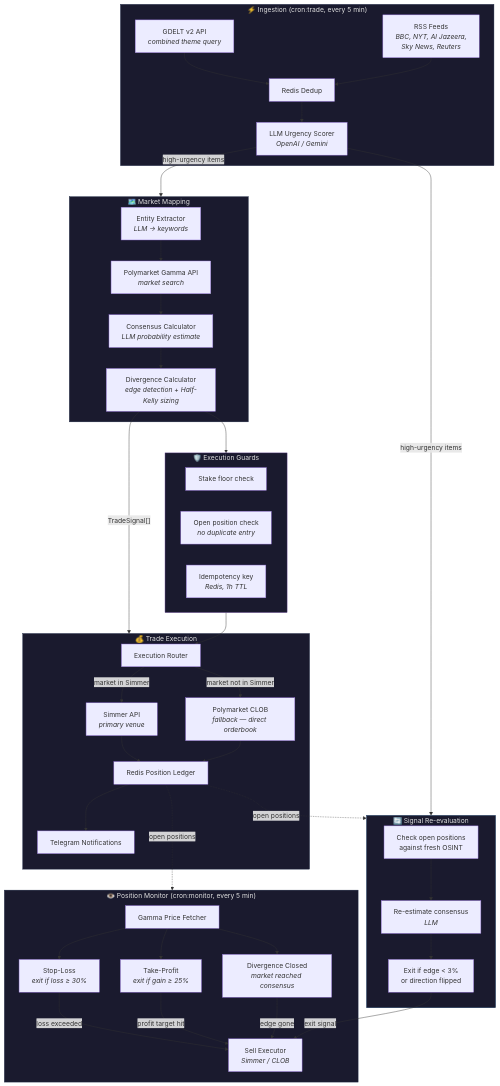
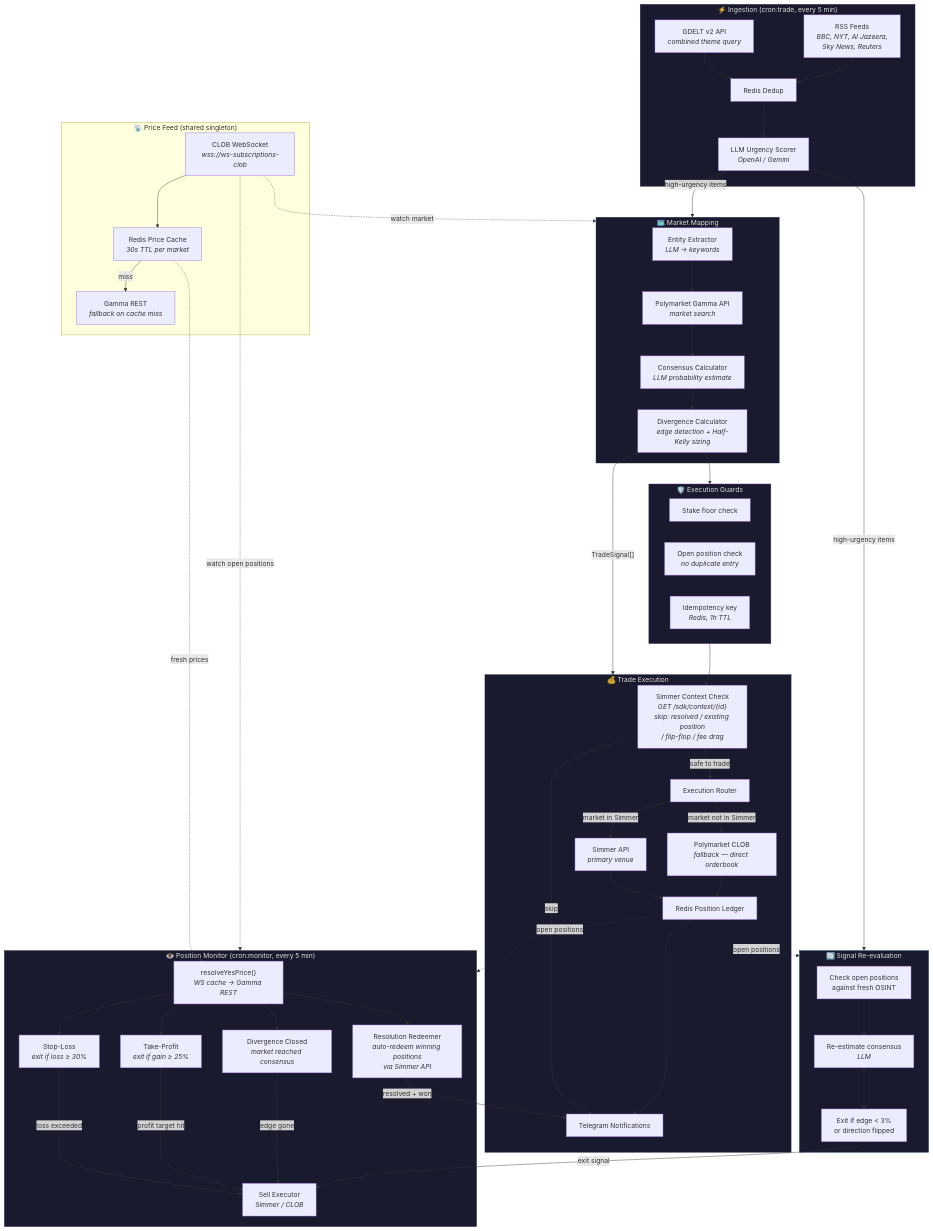
One commit to romeo-folie/polyhype-bot changed the diagram in README.md. Above: the diagram before and after it, drawn with Mermaid. The commit also changed other lines of this file, not shown here.

First line of the commit message:
docs: update README for CLOB WebSocket feed, auto-redeem, and Simmer improvements

```diff
--- a/README.md
+++ b/README.md
@@ -36,13 +36,25 @@
         REEVAL_CHECK --> REEVAL_LLM --> REEVAL_EXIT
     end
 
+    subgraph PRICES_WS["📡 Price Feed (shared singleton)"]
+        WS_FEED["CLOB WebSocket<br/><i>wss://ws-subscriptions-clob</i>"]
+        WS_CACHE["Redis Price Cache<br/><i>30s TTL per market</i>"]
+        GAMMA_REST["Gamma REST<br/><i>fallback on cache miss</i>"]
+
+        WS_FEED --> WS_CACHE
+        WS_CACHE -->|"miss"| GAMMA_REST
+    end
+
     subgraph EXECUTION["💰 Trade Execution"]
+        CTX_CHECK["Simmer Context Check<br/><i>GET /sdk/context/{id}<br/>skip: resolved / existing position<br/>/ flip-flop / fee drag</i>"]
         ROUTER["Execution Router"]
         SIMMER["Simmer API<br/><i>primary venue</i>"]
         CLOB["Polymarket CLOB<br/><i>fallback — direct orderbook</i>"]
         LEDGER["Redis Position Ledger"]
         TELEGRAM["Telegram Notifications"]
 
+        CTX_CHECK -->|"safe to trade"| ROUTER
+        CTX_CHECK -->|"skip"| TELEGRAM
         ROUTER -->|"market in Simmer"| SIMMER
         ROUTER -->|"market not in Simmer"| CLOB
         SIMMER --> LEDGER
@@ -51,18 +63,21 @@
     end
 
     subgraph MONITOR["👁️ Position Monitor (cron:monitor, every 5 min)"]
-        PRICES["Gamma Price Fetcher"]
+        MON_PRICES["resolveYesPrice()<br/><i>WS cache → Gamma REST</i>"]
         STOPLOSS["Stop-Loss<br/><i>exit if loss ≥ 30%</i>"]
         TAKEPROFIT["Take-Profit<br/><i>exit if gain ≥ 25%</i>"]
         DIVCLOSE["Divergence Closed<br/><i>market reached consensus</i>"]
+        REDEEMER["Resolution Redeemer<br/><i>auto-redeem winning positions<br/>via Simmer API</i>"]
         SELL["Sell Executor<br/><i>Simmer / CLOB</i>"]
 
-        PRICES --> STOPLOSS
+        MON_PRICES --> STOPLOSS
         STOPLOSS -->|"loss exceeded"| SELL
-        PRICES --> TAKEPROFIT
+        MON_PRICES --> TAKEPROFIT
         TAKEPROFIT -->|"profit target hit"| SELL
-        PRICES --> DIVCLOSE
+        MON_PRICES --> DIVCLOSE
         DIVCLOSE -->|"edge gone"| SELL
+        MON_PRICES --> REDEEMER
+        REDEEMER -->|"resolved + won"| TELEGRAM
     end
 
     SCORER -->|"high-urgency items"| MAPPING
@@ -71,6 +86,9 @@
     REEVAL_EXIT -->|"exit signal"| SELL
     LEDGER -.->|"open positions"| MONITOR
     LEDGER -.->|"open positions"| REEVAL
+    WS_CACHE -.->|"fresh prices"| MON_PRICES
+    WS_FEED -.->|"watch market"| MAPPING
+    WS_FEED -.->|"watch open positions"| MONITOR
 
     subgraph GUARDS["🛡️ Execution Guards"]
         G1["Stake floor check"]
@@ -78,7 +96,7 @@
         G3["Idempotency key<br/><i>Redis, 1h TTL</i>"]
     end
 
-    DIVERGENCE --> GUARDS --> ROUTER
+    DIVERGENCE --> GUARDS --> CTX_CHECK
 
     style INGESTION fill:#1a1a2e,stroke:#16213e,color:#e0e0e0
     style MAPPING fill:#1a1a2e,stroke:#16213e,color:#e0e0e0
```
